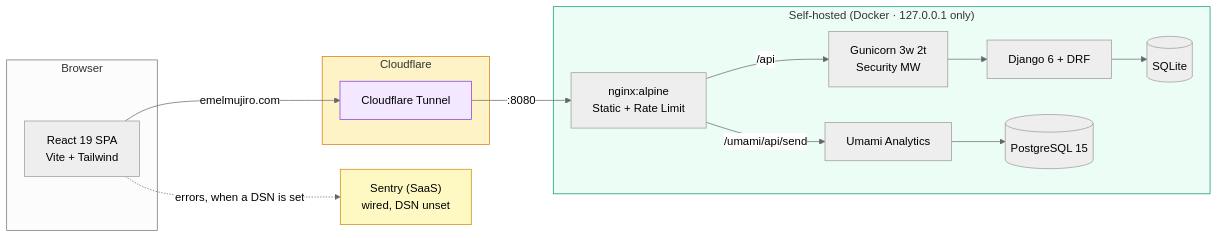
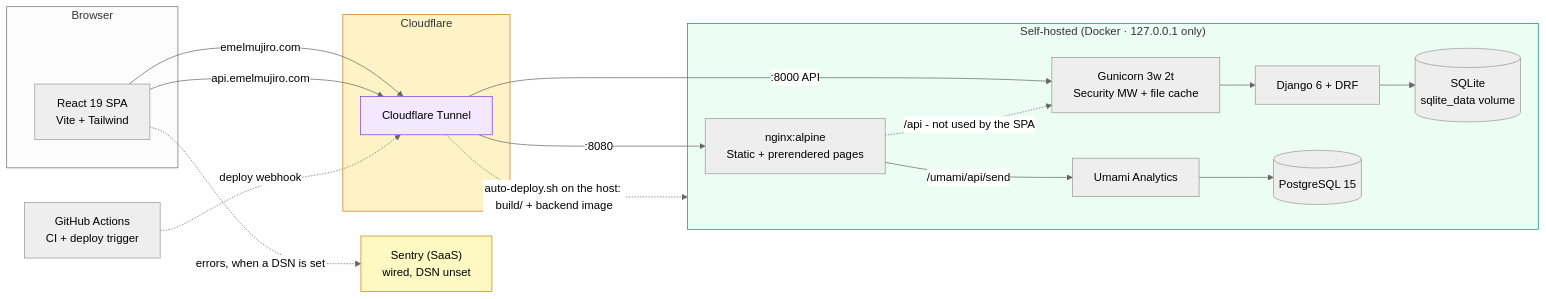
One commit to researcherhojin/emelmujiro changed the diagram in README.md. Above: the diagram before and after it, drawn with Mermaid (neutral theme). The commit also changed 1 other file, not shown here.

Commit message:
docs(readme): draw the real API route and trim CONTRIBUTING to a checklist
The production SPA calls api.emelmujiro.com, which the tunnel routes
straight to Gunicorn, not through nginx. The diagram now shows both
routes, SQLite on its volume, and the deploy-webhook path. CONTRIBUTING
keeps one line per rule and points to CLAUDE.md and README.

````diff
--- a/README.md
+++ b/README.md
@@ -99,35 +99,40 @@
 ```mermaid
 graph LR
     subgraph Client["Browser"]
         React["React 19 SPA\nVite + Tailwind"]
     end
 
     subgraph CF["Cloudflare"]
         Tunnel["Cloudflare Tunnel"]
     end
 
     subgraph Host["Self-hosted (Docker · 127.0.0.1 only)"]
-        Nginx["nginx:alpine\nStatic + Rate Limit"]
-        Gunicorn["Gunicorn 3w 2t\nSecurity MW"]
+        Nginx["nginx:alpine\nStatic + prerendered pages"]
+        Gunicorn["Gunicorn 3w 2t\nSecurity MW + file cache"]
         DRF["Django 6 + DRF"]
-        DB[(SQLite)]
+        DB[(SQLite\nsqlite_data volume)]
         Umami["Umami Analytics"]
         UmamiDB[(PostgreSQL 15)]
     end
 
     Sentry["Sentry (SaaS)\nwired, DSN unset"]
+    GHA["GitHub Actions\nCI + deploy trigger"]
 
     React -->|emelmujiro.com| Tunnel
+    React -->|api.emelmujiro.com| Tunnel
     Tunnel -->|:8080| Nginx
-    Nginx -->|/api| Gunicorn
+    Tunnel -->|:8000 API| Gunicorn
+    Nginx -.->|/api - not used by the SPA| Gunicorn
     Nginx -->|/umami/api/send| Umami
     Gunicorn --> DRF
     DRF --> DB
     Umami --> UmamiDB
     React -.->|errors, when a DSN is set| Sentry
+    GHA -.->|deploy webhook| Tunnel
+    Tunnel -.->|auto-deploy.sh on the host: build/ + backend image| Host
 
     style Tunnel fill:#F3E8FF,stroke:#7C3AED
     style Host fill:#ECFDF5,stroke:#059669
     style CF fill:#FEF3C7,stroke:#D97706
     style Sentry fill:#FEF9C3,stroke:#CA8A04
 ```
````
